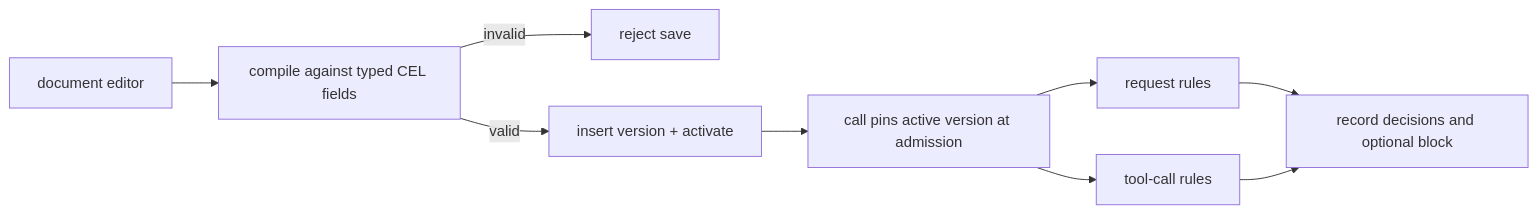
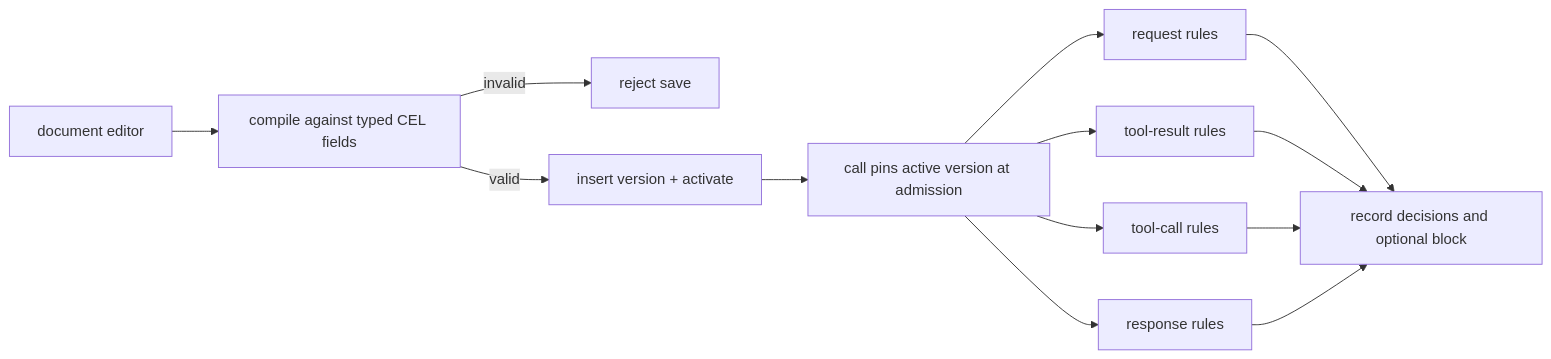
The diagram in docs/agent/policy.md (yv1ing/SafeAgent), drawn with Mermaid before and after one commit. The commit also changed other lines of this file and 344 other files, not shown here.

````diff
--- a/docs/agent/policy.md
+++ b/docs/agent/policy.md
@@ -5,11 +5,15 @@
 ```mermaid
 flowchart LR
     Edit["document editor"] --> Compile["compile against typed CEL fields"]
     Compile -->|invalid| Reject["reject save"]
     Compile -->|valid| Version["insert version + activate"]
     Version --> Pin["call pins active version at admission"]
     Pin --> Request["request rules"]
+    Pin --> Result["tool-result rules"]
     Pin --> Tool["tool-call rules"]
+    Pin --> Response["response rules"]
     Request --> Outcome["record decisions and optional block"]
+    Result --> Outcome
     Tool --> Outcome
+    Response --> Outcome
 ```
````
